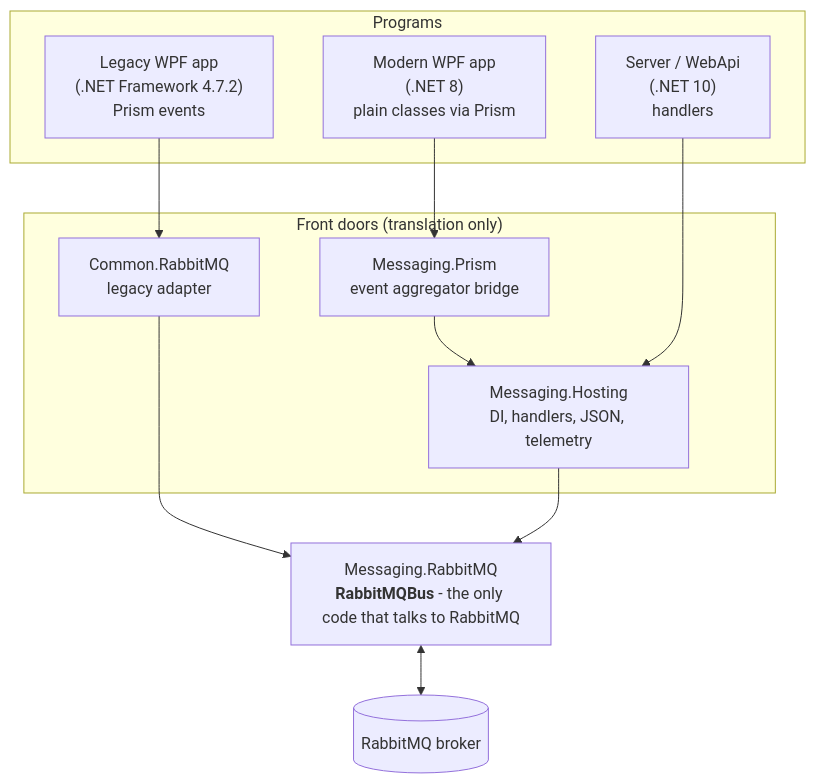
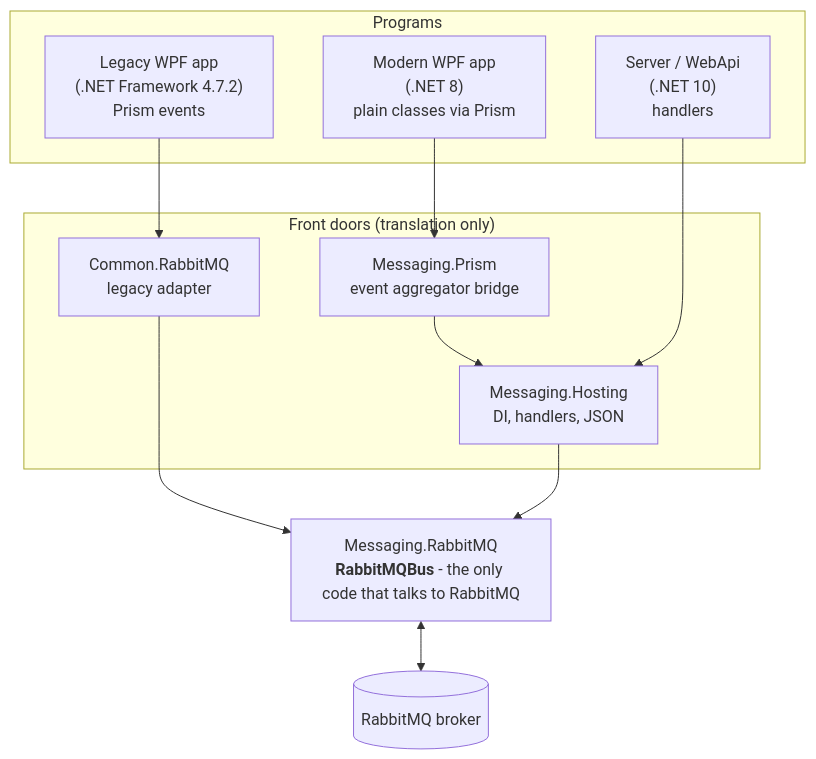
One commit to ncowine/CleanArchitecture changed the first of 3 diagrams in docs/messaging/README.md. Above: the diagram before and after it, drawn with Mermaid. The commit also changed other lines of this file and 192 other files, not shown here.

````diff
--- a/docs/messaging/README.md
+++ b/docs/messaging/README.md
@@ -113,19 +112,19 @@
 ```mermaid
 flowchart TB
     subgraph Apps["Programs"]
         L["Legacy WPF app<br/>(.NET Framework 4.7.2)<br/>Prism events"]
         M["Modern WPF app<br/>(.NET 8)<br/>plain classes via Prism"]
         S["Server / WebApi<br/>(.NET 10)<br/>handlers"]
     end
     subgraph FrontDoors["Front doors (translation only)"]
         A["Common.RabbitMQ<br/>legacy adapter"]
         P["Messaging.Prism<br/>event aggregator bridge"]
-        H["Messaging.Hosting<br/>DI, handlers, JSON, telemetry"]
+        H["Messaging.Hosting<br/>DI, handlers, JSON"]
     end
     Core["Messaging.RabbitMQ<br/><b>RabbitMQBus</b> - the only code that talks to RabbitMQ"]
     B[("RabbitMQ broker")]
     L --> A --> Core
     M --> P --> H
     S --> H --> Core
     Core <--> B
 ```
````
